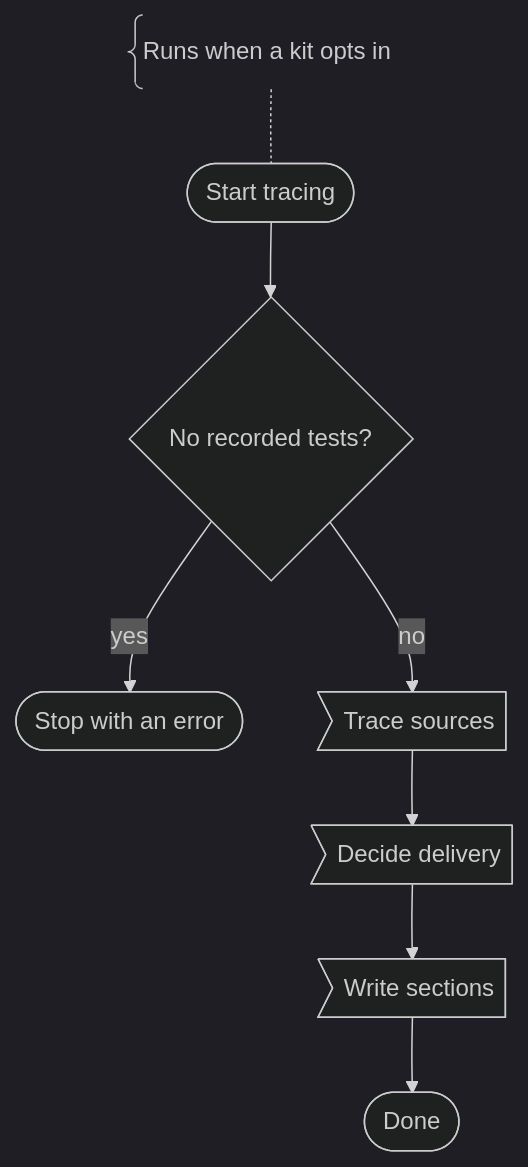
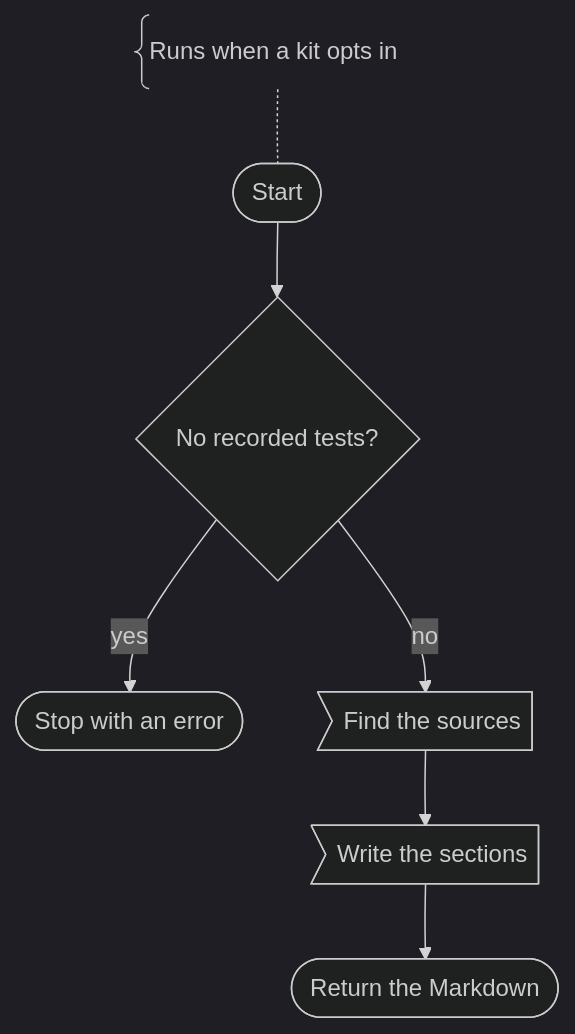
The first of 5 diagrams in documentation/questionnaire_usage_tracing.md (hl7au/inferno_suite_generator), drawn with Mermaid (dark theme) before and after one commit. The commit also changed other lines of this file and 28 other files, not shown here.

````diff
--- a/documentation/questionnaire_usage_tracing.md
+++ b/documentation/questionnaire_usage_tracing.md
@@ -57,18 +59,16 @@
 ```mermaid
 flowchart TD
     n0@{ shape: brace, label: "Runs when a kit opts in" }
-    n1(["Start tracing"])
+    n1(["Start"])
     n2{"No recorded tests?"}
     n3(["Stop with an error"])
-    n4>"Trace sources"]
-    n5>"Decide delivery"]
-    n6>"Write sections"]
-    n8(["Done"])
+    n4>"Find the sources"]
+    n5>"Write the sections"]
+    n6(["Return the Markdown"])
     n0 -.- n1
     n1 --> n2
     n2 -->|"yes"| n3
     n2 -->|"no"| n4
     n4 --> n5
     n5 --> n6
-    n6 --> n8
 ```
````
